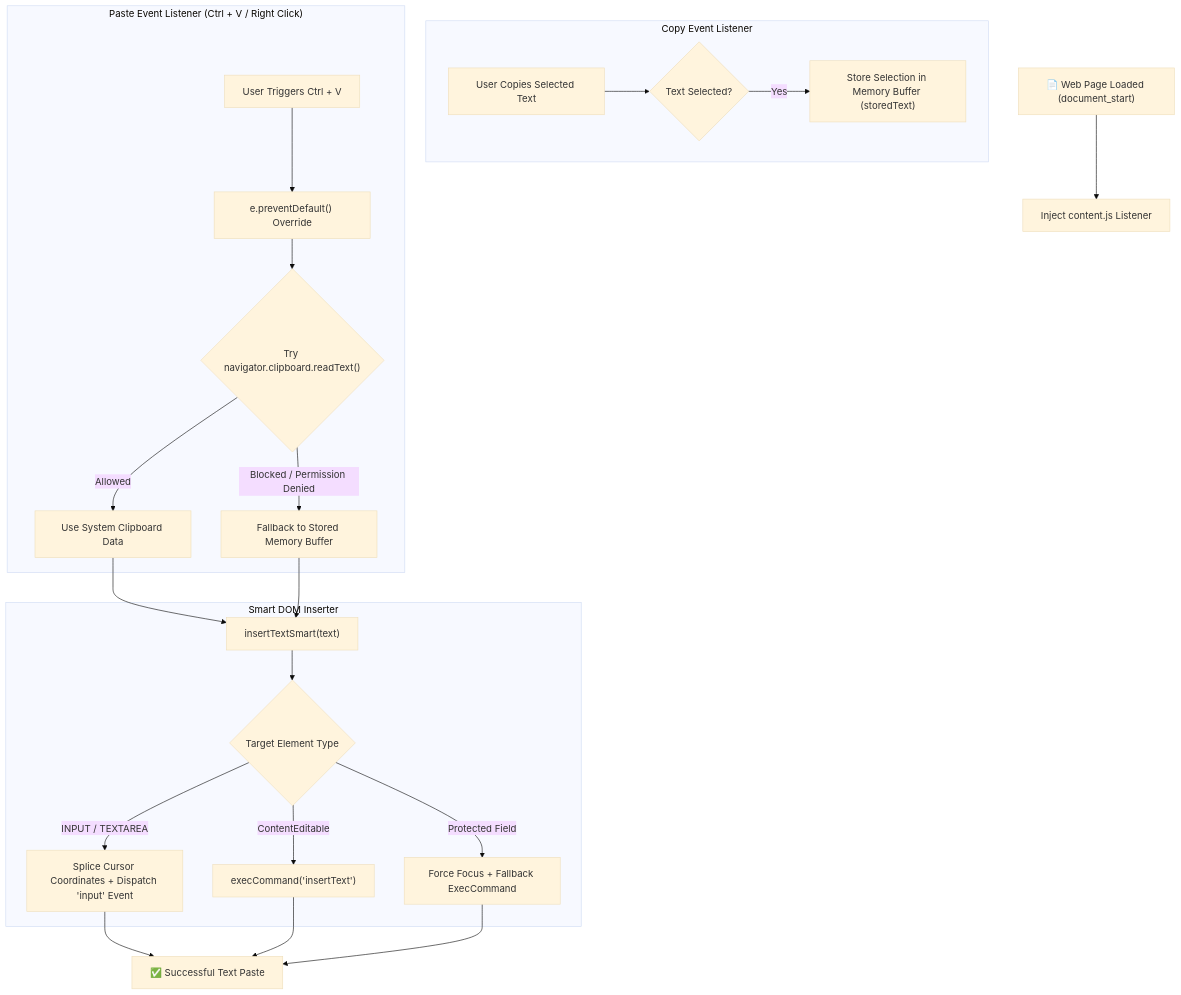
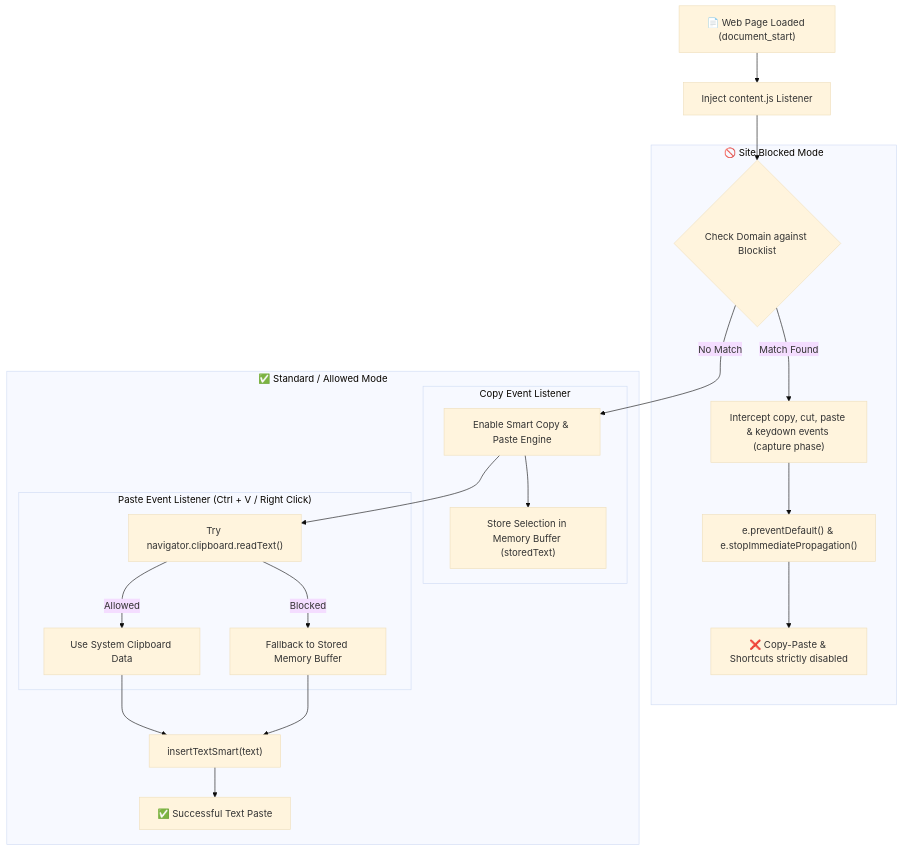
Before and after one commit to SINGH0883/Yuvi-Master: the diagram in README.md, drawn with Mermaid (base theme). The commit also changed other lines of this file and 4 other files, not shown here.

Commit message:
feat: add site copy-paste blocking feature

````diff
--- a/README.md
+++ b/README.md
@@ -38,30 +38,29 @@
 ```mermaid
 flowchart TD
     A["📄 Web Page Loaded (document_start)"] --> B["Inject content.js Listener"]
-    
-    subgraph COPY_ENGINE ["Copy Event Listener"]
-        C["User Copies Selected Text"] --> D{"Text Selected?"}
-        D -->|Yes| E["Store Selection in Memory Buffer (storedText)"]
-    end
-    
-    subgraph PASTE_ENGINE ["Paste Event Listener (Ctrl + V / Right Click)"]
-        F["User Triggers Ctrl + V"] --> G["e.preventDefault() Override"]
-        G --> H{"Try navigator.clipboard.readText()"}
-        H -->|Allowed| I["Use System Clipboard Data"]
-        H -->|Blocked / Permission Denied| J["Fallback to Stored Memory Buffer"]
+    B --> C{"Check Domain against Blocklist"}
+
+    subgraph BLOCKED_SITE ["🚫 Site Blocked Mode"]
+        C -->|Match Found| D["Intercept copy, cut, paste & keydown events (capture phase)"]
+        D --> E["e.preventDefault() & e.stopImmediatePropagation()"]
+        E --> F["❌ Copy-Paste & Shortcuts strictly disabled"]
     end
 
-    I --> K["insertTextSmart(text)"]
-    J --> K
-    
-    subgraph INSERTER ["Smart DOM Inserter"]
-        K --> L{"Target Element Type"}
-        L -->|INPUT / TEXTAREA| M["Splice Cursor Coordinates + Dispatch 'input' Event"]
-        L -->|ContentEditable| N["execCommand('insertText')"]
-        L -->|Protected Field| O["Force Focus + Fallback ExecCommand"]
+    subgraph ALLOWED_SITE ["✅ Standard / Allowed Mode"]
+        C -->|No Match| G["Enable Smart Copy & Paste Engine"]
+        
+        subgraph COPY_ENGINE ["Copy Event Listener"]
+            G --> H["Store Selection in Memory Buffer (storedText)"]
+        end
+        
+        subgraph PASTE_ENGINE ["Paste Event Listener (Ctrl + V / Right Click)"]
+            G --> I["Try navigator.clipboard.readText()"]
+            I -->|Allowed| J["Use System Clipboard Data"]
+            I -->|Blocked| K["Fallback to Stored Memory Buffer"]
+        end
+
+        J --> L["insertTextSmart(text)"]
+        K --> L
+        L --> M["✅ Successful Text Paste"]
     end
-
-    M --> P["✅ Successful Text Paste"]
-    N --> P
-    O --> P
 ```
````
